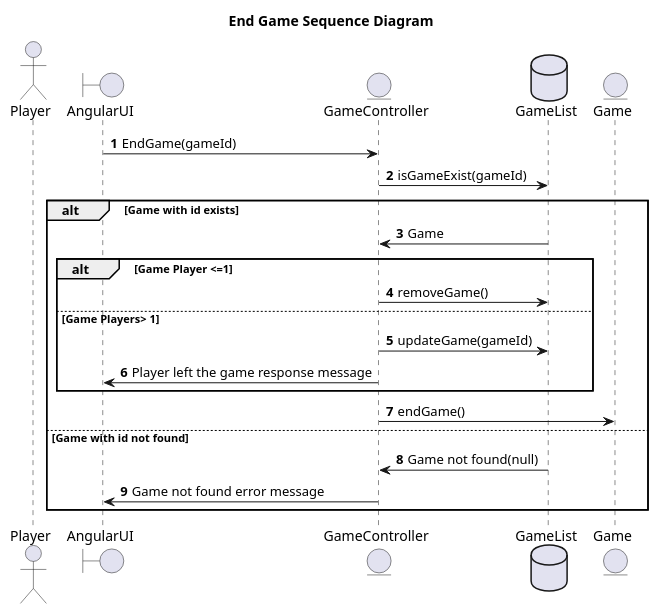
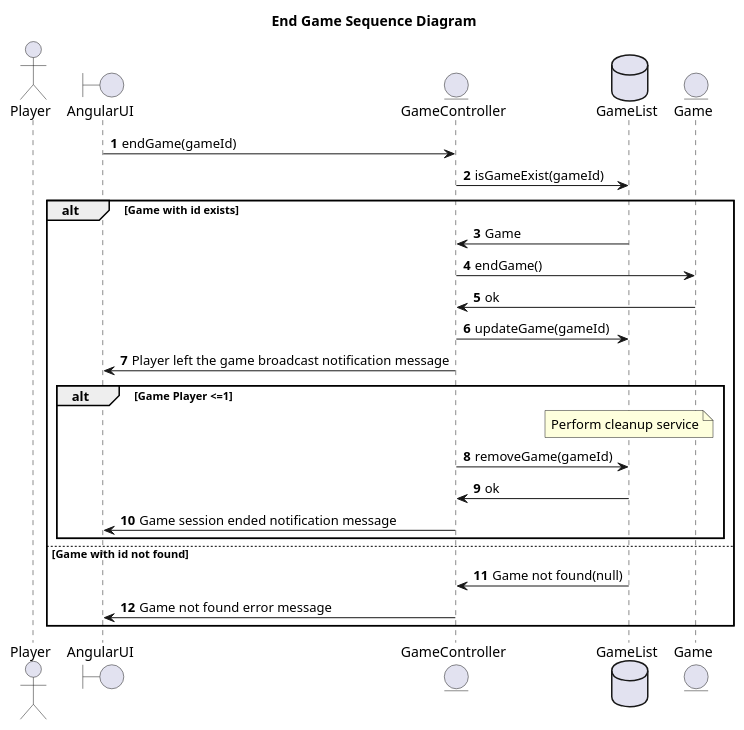
One commit to gurmsc5/Clue-Less changed the diagram in clue-less-backend/end_game.puml. Above: the diagram before and after it, drawn with PlantUML. The commit also changed 1 other file, not shown here.

Commit message:
Fixes to end game sequence diagram

```diff
--- a/clue-less-backend/end_game.puml
+++ b/clue-less-backend/end_game.puml
@@ -1,30 +1,34 @@
 @startuml
 
 title End Game Sequence Diagram
 
 autonumber
 actor Player
 boundary AngularUI
 entity GameController
 
-AngularUI -> GameController: EndGame(gameId)
+AngularUI -> GameController: endGame(gameId)
 database GameList
 GameController -> GameList: isGameExist(gameId)
 entity Game
 
 alt Game with id exists
     GameList -> GameController: Game
+    GameController -> Game: endGame()
+    Game -> GameController: ok
+    GameController -> GameList: updateGame(gameId)
+    GameController -> AngularUI: Player left the game broadcast notification message
     alt Game Player <=1
-        GameController->GameList: removeGame()
-    else Game Players> 1
-        GameController -> GameList: updateGame(gameId)
-        GameController -> AngularUI: Player left the game response message
+        note over GameList: Perform cleanup service
+        GameController -> GameList: removeGame(gameId)
+        GameList -> GameController: ok
+        GameController -> AngularUI: Game session ended notification message
     end
-    GameController -> Game: endGame()
+
 else Game with id not found
     GameList -> GameController: Game not found(null)
     GameController -> AngularUI: Game not found error message
 end
 
 
 @enduml
```
